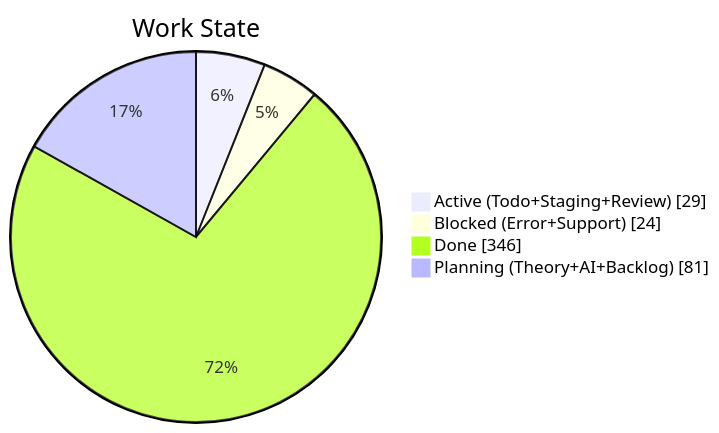
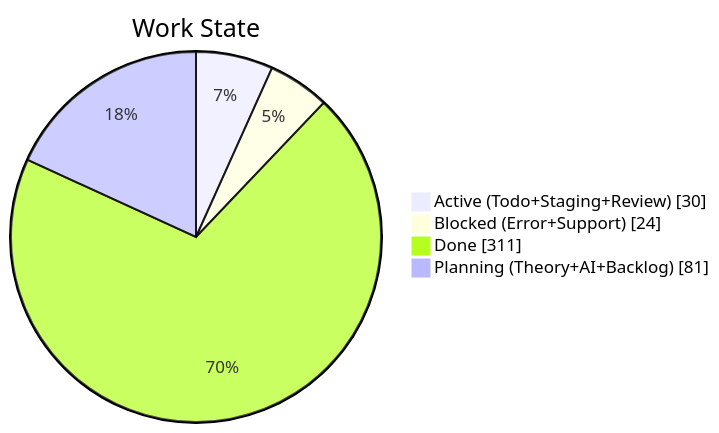
One commit to KBVE/kbve changed the second of 4 diagrams in apps/kbve/astro-kbve/src/content/docs/dashboard/kanban-data.mdx. Above: the diagram before and after it, drawn with Mermaid. The commit also changed other lines of this file and 7 other files, not shown here.

````diff
--- a/apps/kbve/astro-kbve/src/content/docs/dashboard/kanban-data.mdx
+++ b/apps/kbve/astro-kbve/src/content/docs/dashboard/kanban-data.mdx
@@ -68,8 +68,8 @@
 ```mermaid
 pie showData
     title Work State
-    "Active (Todo+Staging+Review)" : 29
+    "Active (Todo+Staging+Review)" : 30
     "Blocked (Error+Support)" : 24
-    "Done" : 346
+    "Done" : 311
     "Planning (Theory+AI+Backlog)" : 81
 ```
````
